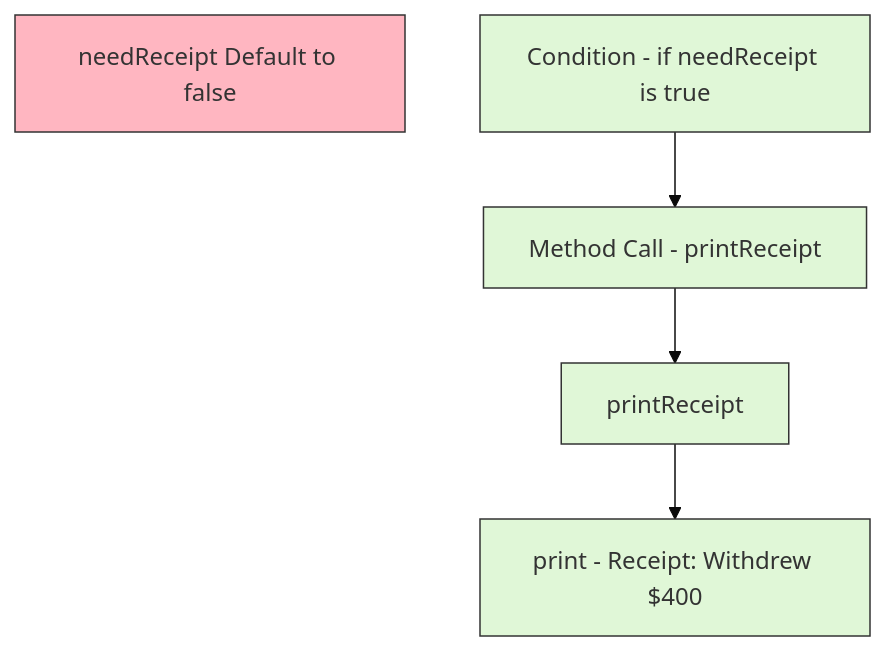
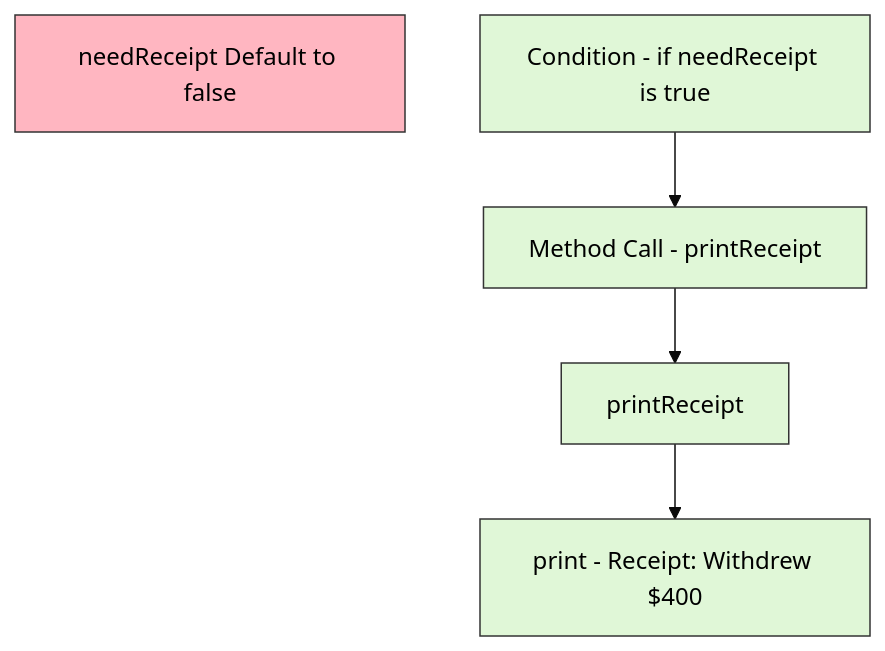
Before and after one commit to oppia/oppia-android: the seventh of 8 diagrams in wiki/Writing-tests-with-good-behavioral-coverage.md, drawn with Mermaid (base theme). The commit also changed other lines of this file, not shown here.

Commit message:
Setting the text color for the graphs to black as they weren't visible with dark mode

````diff
--- a/wiki/Writing-tests-with-good-behavioral-coverage.md
+++ b/wiki/Writing-tests-with-good-behavioral-coverage.md
@@ -1509,13 +1509,13 @@
 ```mermaid
 graph TD
     B[needReceipt Default to false]
     D[Condition - if needReceipt is true] --> E[Method Call - printReceipt]
     E --> F[printReceipt]
     F --> G[print - Receipt: Withdrew $400]
 
-    style B fill:#FFB6C1,stroke:#333,stroke-width:1px, color:#00
-    style D fill:#e0f7d7,stroke:#333,stroke-width:1px
-    style E fill:#e0f7d7,stroke:#333,stroke-width:1px
-    style F fill:#e0f7d7,stroke:#333,stroke-width:1px
-    style G fill:#e0f7d7,stroke:#333,stroke-width:1px
+    style B fill:#FFB6C1,stroke:#333,stroke-width:1px,color:#000000
+    style D fill:#e0f7d7,stroke:#333,stroke-width:1px,color:#000000
+    style E fill:#e0f7d7,stroke:#333,stroke-width:1px,color:#000000
+    style F fill:#e0f7d7,stroke:#333,stroke-width:1px,color:#000000
+    style G fill:#e0f7d7,stroke:#333,stroke-width:1px,color:#000000
 ```
````
